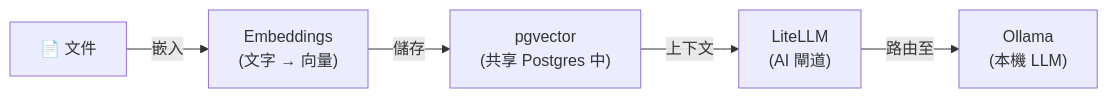
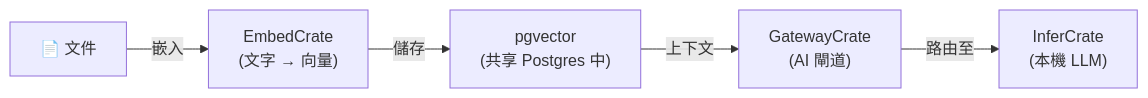
The diagram in stacks/rag-pipeline/README-zh-Hant.md (hwdsl2/self-hosted-ai-stack), drawn with Mermaid before and after one commit. The commit also changed other lines of this file and 47 other files, not shown here.

````diff
--- a/stacks/rag-pipeline/README-zh-Hant.md
+++ b/stacks/rag-pipeline/README-zh-Hant.md
@@ -17,7 +17,7 @@
 ```mermaid
 graph LR
-    D["📄 文件"] -->|嵌入| E["Embeddings<br/>(文字 → 向量)"]
+    D["📄 文件"] -->|嵌入| E["EmbedCrate<br/>(文字 → 向量)"]
     E -->|儲存| VDB["pgvector<br/>(共享 Postgres 中)"]
-    VDB -->|上下文| L["LiteLLM<br/>(AI 閘道)"]
-    L -->|路由至| O["Ollama<br/>(本機 LLM)"]
+    VDB -->|上下文| L["GatewayCrate<br/>(AI 閘道)"]
+    L -->|路由至| O["InferCrate<br/>(本機 LLM)"]
 ```
````
